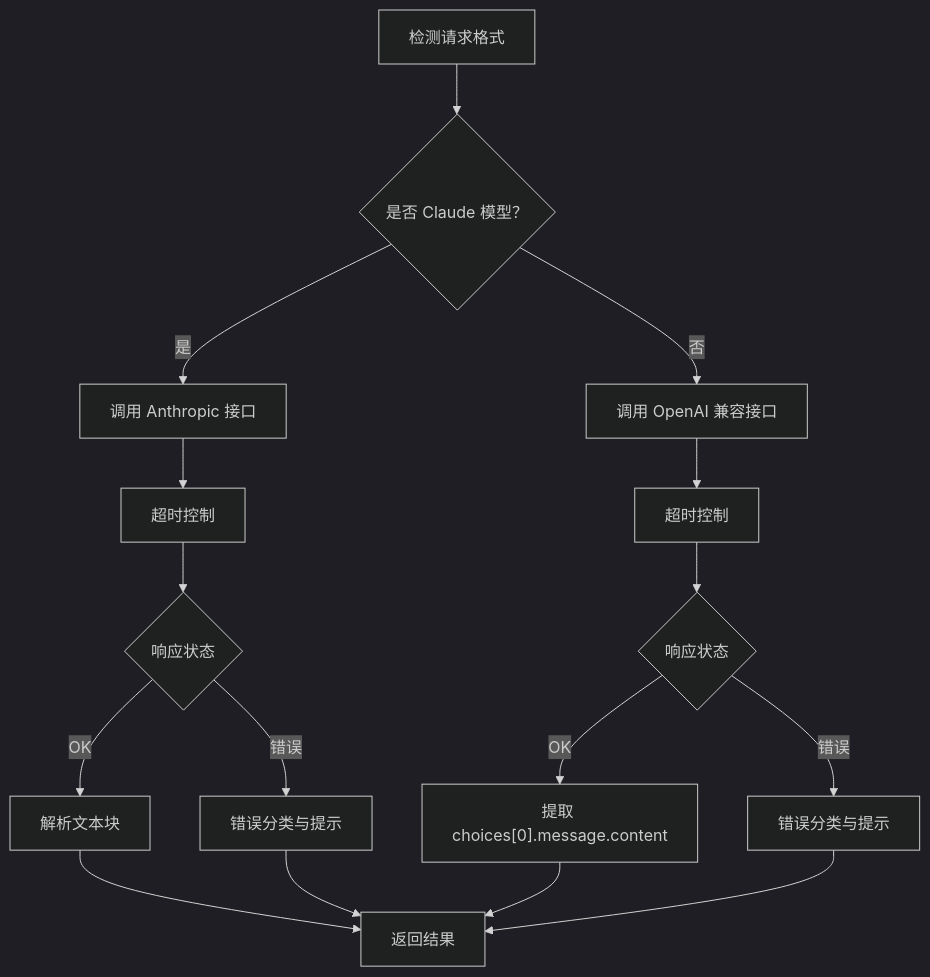
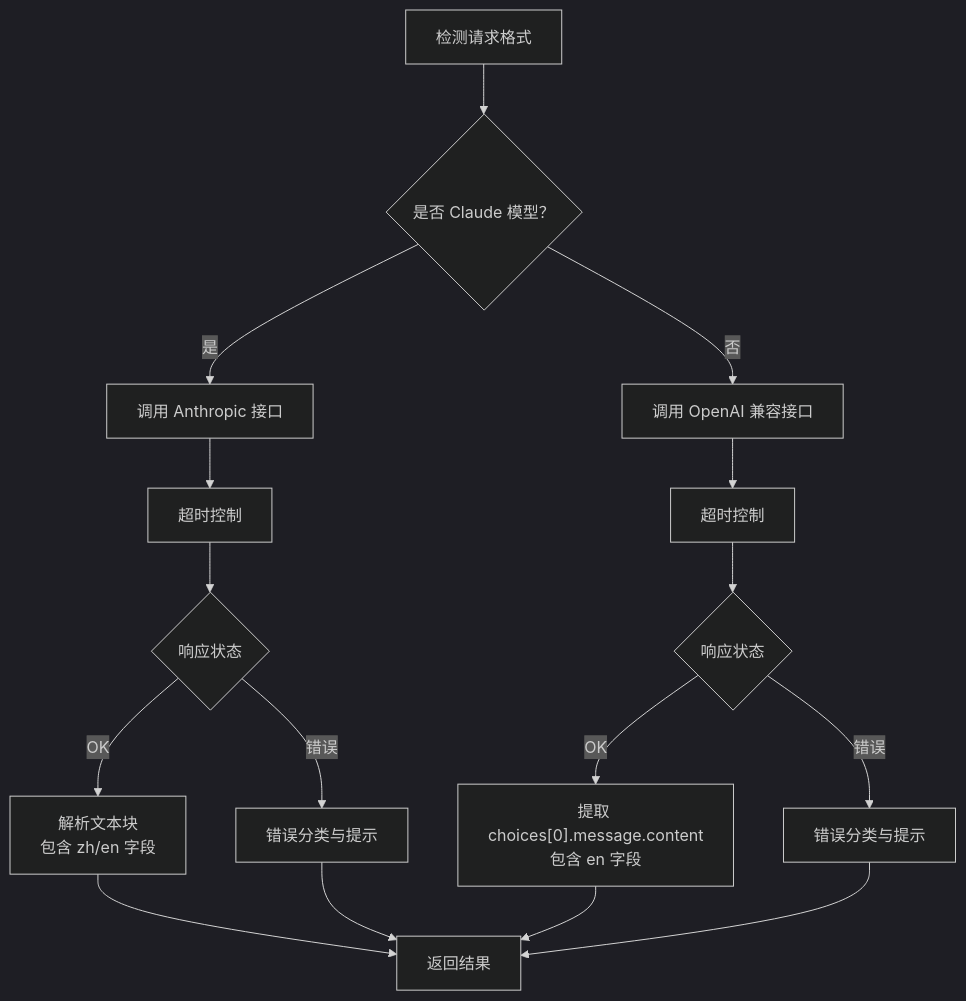
One commit to binasi/Img2Prompt changed the fourth of 8 diagrams in .qoder/repowiki/zh/content/核心功能/核心功能.md. Above: the diagram before and after it, drawn with Mermaid (dark theme). The commit also changed other lines of this file and 11 other files, not shown here.

````diff
--- a/.qoder/repowiki/zh/content/核心功能/核心功能.md
+++ b/.qoder/repowiki/zh/content/核心功能/核心功能.md
@@ -202,18 +219,18 @@
 ```mermaid
 flowchart TD
 Detect["检测请求格式"] --> IsClaude{"是否 Claude 模型？"}
 IsClaude --> |是| Anthropic["调用 Anthropic 接口"]
 IsClaude --> |否| OpenAI["调用 OpenAI 兼容接口"]
 Anthropic --> TimeoutA["超时控制"]
 OpenAI --> TimeoutO["超时控制"]
 TimeoutA --> RespA{"响应状态"}
 TimeoutO --> RespO{"响应状态"}
-RespA --> |OK| ParseA["解析文本块"]
+RespA --> |OK| ParseA["解析文本块<br/>包含 zh/en 字段"]
 RespA --> |错误| ErrorA["错误分类与提示"]
-RespO --> |OK| ParseO["提取 choices[0].message.content"]
+RespO --> |OK| ParseO["提取 choices[0].message.content<br/>包含 en 字段"]
 RespO --> |错误| ErrorO["错误分类与提示"]
 ParseA --> Done["返回结果"]
 ParseO --> Done
 ErrorA --> Done
 ErrorO --> Done
 ```
````
